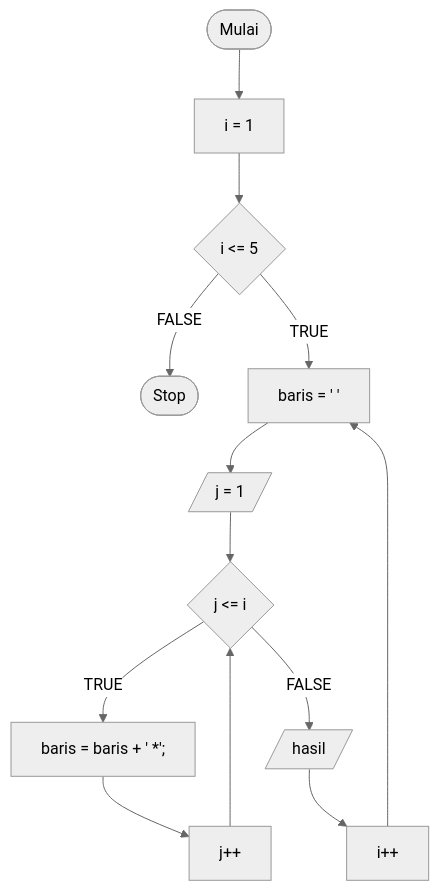
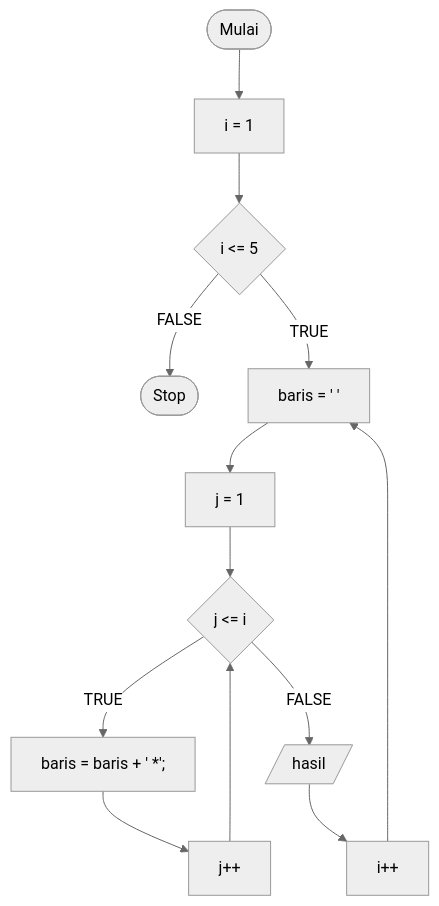
Before and after one commit to whyu07/koda-b10-javascript3: the second of 2 diagrams in README.md, drawn with Mermaid (neutral theme). The commit also changed other lines of this file, not shown here.

Commit message:
Fix syntax for variable initialization in README

````diff
--- a/README.md
+++ b/README.md
@@ -19,15 +19,15 @@
 ```mermaid
 flowchart TD
     A([Mulai]) --> B[i = 1]
     B --> C{i <= 5}
     C --> |FALSE| Z([Stop])
     C --> |TRUE| D[baris = ' ']
-    D --> E[/j = 1/]
+    D --> E[j = 1]
     E --> F{j <= i}
     F --> |TRUE| G[ baris = baris + ' *';]
     G --> H[j++]
     H --> F
     F --> |FALSE| J[/hasil/]
     J --> K[i++]
     K --> D
 ```
````
